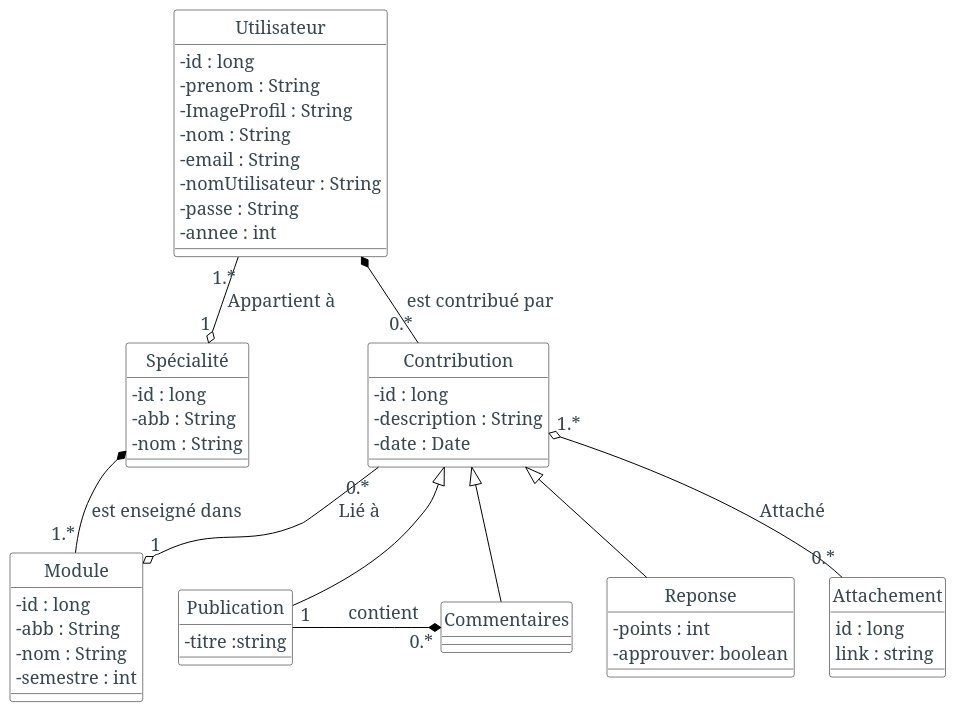
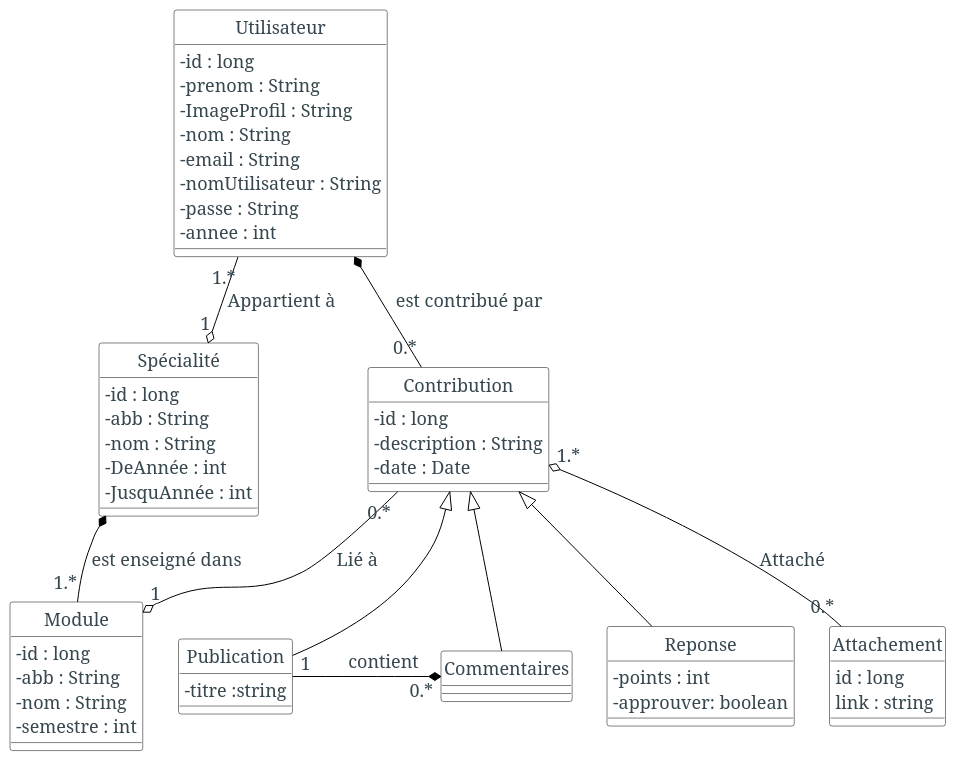
The diagram in diagrammes/src/class.puml (assimhabeek/memoire), drawn with PlantUML before and after one commit. The commit also changed 20 other files, not shown here.

```diff
--- a/diagrammes/src/class.puml
+++ b/diagrammes/src/class.puml
@@ -1,72 +1,74 @@
 @startuml
 skinparam backgroundColor #fff
 skinparam defaultFontColor #37474f
 skinparam defaultFontSize 18
 skinparam defaultFontName serif
 skinparam defaultFontStyle normal
 skinparam classAttributeIconSize 0
 skinparam classBackgroundColor #fff
 skinparam classBorderColor #000
 skinparam classArrowColor #000
 
 hide class circle
 
 class "Spécialité" as specialty{
 -id : long
 -abb : String
 -nom : String
+-DeAnnée : int
+-JusquAnnée : int
 }
 class "Module" as module{
 -id : long
 -abb : String
 -nom : String
 -semestre : int
 }
 
 class  "Utilisateur"  as user{
 -id : long
 -prenom : String
 -ImageProfil : String
 -nom : String
 -email : String
 -nomUtilisateur : String
 -passe : String
 -annee : int
 }
 
 
 
 class "Contribution" as contribution {
 -id : long
 -description : String
 -date : Date
 }
 
 class "Publication" as post{
 -titre :string
 }
 
 class "Commentaires" as comments
 
 class "Reponse" as response{
 -points : int
 -approuver: boolean
 }
 
 class "Attachement" as media{
 id : long
 link : string
 }
 
 specialty  *-- "1.*" module : "est enseigné dans            "
 user  *-- "0.*" contribution : "  est contribué par   "
 user  "1.*" --o "1" specialty : "Appartient à"
 contribution  "0.*" --o "1" module : "Lié à     "
 
 
 contribution "1.*" o-- "0.*" media : "Attaché"
 contribution <|-- post
 contribution <|-- comments
 contribution <|-- response
 post "1" -* "0.*" comments : \tcontient\t
 @enduml
```
